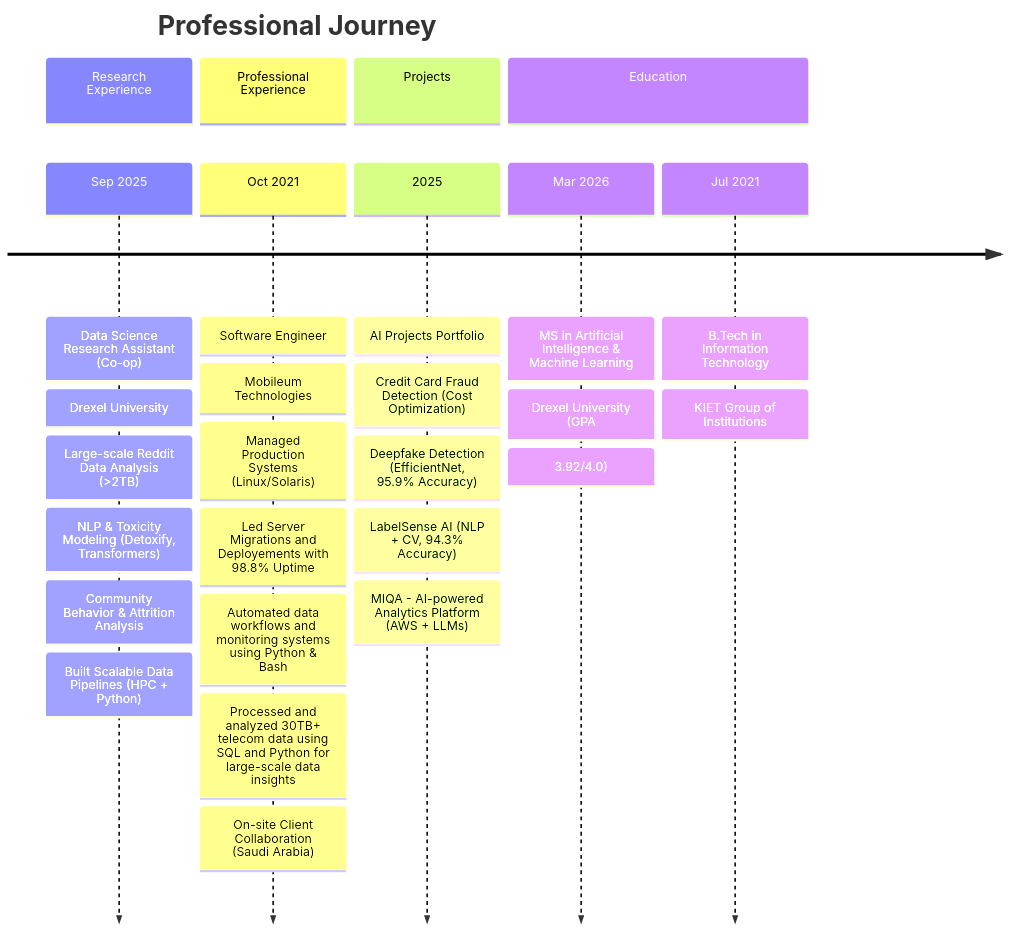
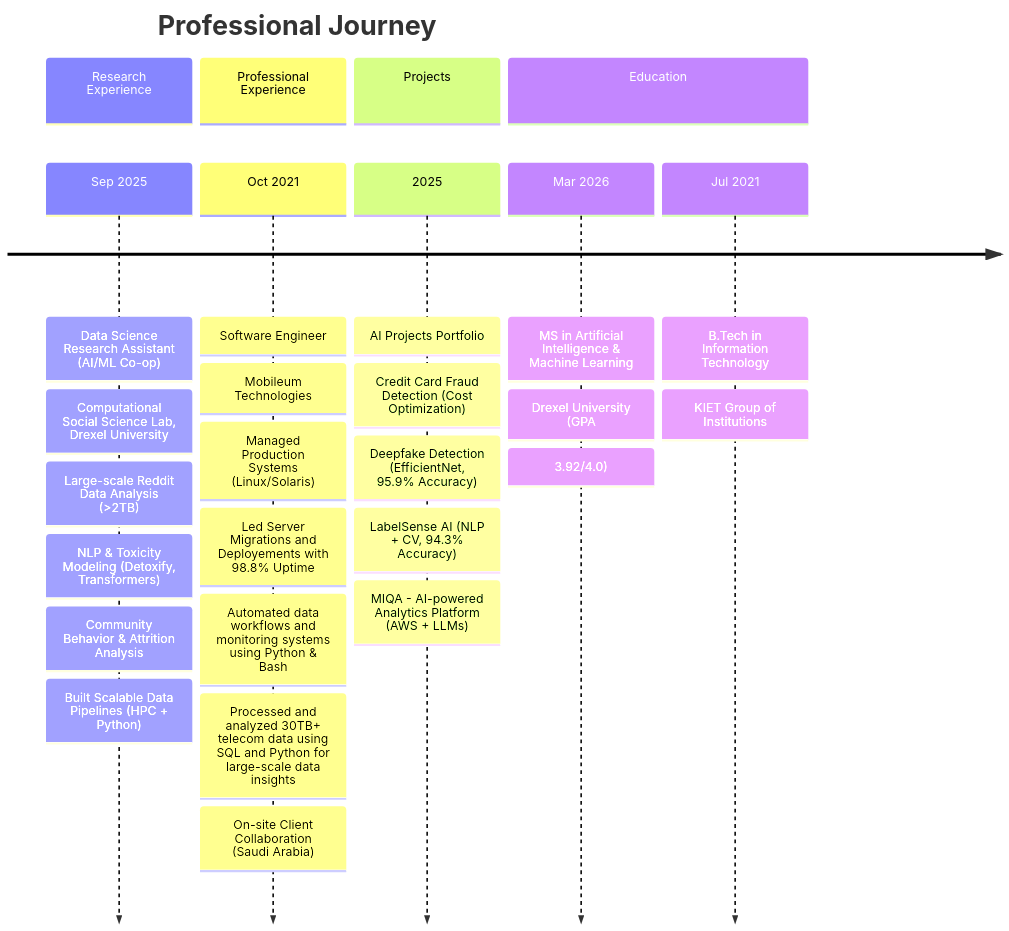
The diagram in README.md (ShobhitDixit98/ShobhitDixit98), drawn with Mermaid before and after one commit.

Commit message:
Revise Data Science Research Assistant details
Updated position title and affiliation for clarity.

````diff
--- a/README.md
+++ b/README.md
@@ -37,36 +37,35 @@
 ```mermaid
 timeline
     title Professional Journey
 
     section Research Experience
-    Sep 2025 : Data Science Research Assistant (Co-op)
-             : Drexel University
+    Sep 2025 : Data Science Research Assistant (AI/ML Co-op)
+             : Computational Social Science Lab, Drexel University
              : Large-scale Reddit Data Analysis (>2TB)
              : NLP & Toxicity Modeling (Detoxify, Transformers)
              : Community Behavior & Attrition Analysis
              : Built Scalable Data Pipelines (HPC + Python)
 
     section Professional Experience
     Oct 2021 : Software Engineer
              : Mobileum Technologies
              : Managed Production Systems (Linux/Solaris)
              : Led Server Migrations and Deployements with 98.8% Uptime
              : Automated data workflows and monitoring systems using Python & Bash
              : Processed and analyzed 30TB+ telecom data using SQL and Python for large-scale data insights
              : On-site Client Collaboration (Saudi Arabia) 
-
 
     section Projects
     2025 : AI Projects Portfolio
          : Credit Card Fraud Detection (Cost Optimization)
          : Deepfake Detection (EfficientNet, 95.9% Accuracy)
          : LabelSense AI (NLP + CV, 94.3% Accuracy)
          : MIQA - AI-powered Analytics Platform (AWS + LLMs)
 
     section Education
     Mar 2026 : MS in Artificial Intelligence & Machine Learning
              : Drexel University (GPA: 3.92/4.0)
 
     Jul 2021 : B.Tech in Information Technology
              : KIET Group of Institutions
 ```
````
